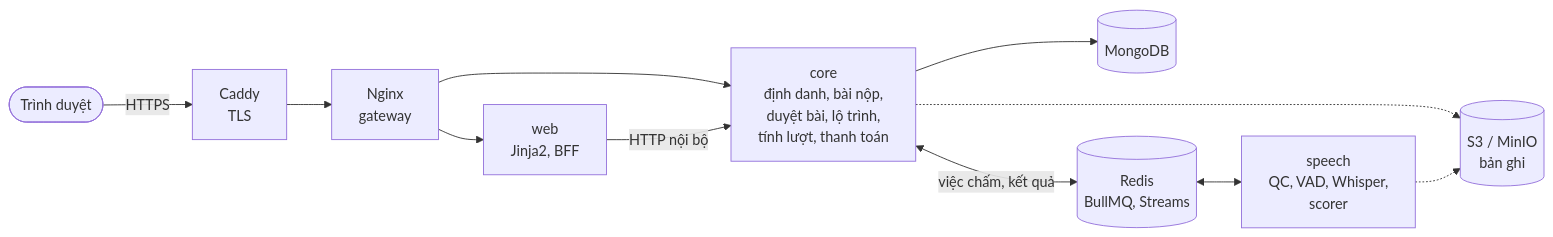
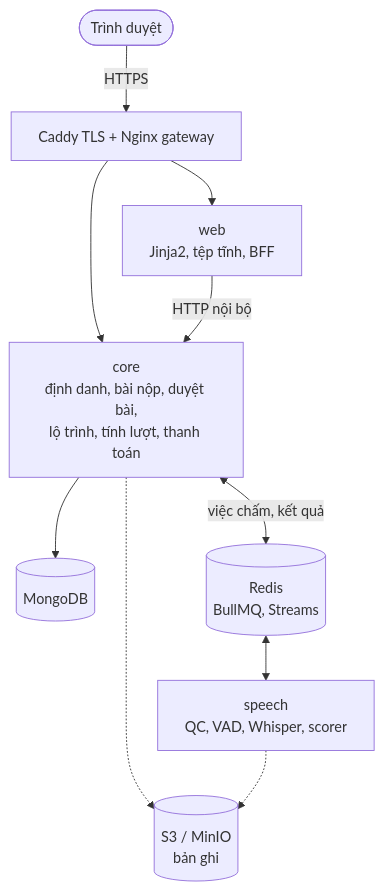
One commit to ThanhSangLouis/ai-assessor-cefr changed the second of 3 diagrams in README.md. Above: the diagram before and after it, drawn with Mermaid.

Commit message:
docs: sơ đồ kiến trúc trong README theo chiều dọc

````diff
--- a/README.md
+++ b/README.md
@@ -124,12 +124,12 @@
 ```mermaid
-flowchart LR
-    U(["Trình duyệt"]) -->|HTTPS| CA["Caddy<br/>TLS"] --> GW["Nginx<br/>gateway"]
-    GW --> WEB["web<br/>Jinja2, BFF"]
-    GW --> CORE["core<br/>định danh, bài nộp,<br/>duyệt bài, lộ trình,<br/>tính lượt, thanh toán"]
+flowchart TB
+    U(["Trình duyệt"]) -->|HTTPS| GW["Caddy TLS + Nginx gateway"]
+    GW --> WEB["web<br/>Jinja2, tệp tĩnh, BFF"]
+    GW --> CORE["core<br/>định danh, bài nộp, duyệt bài,<br/>lộ trình, tính lượt, thanh toán"]
     WEB -->|HTTP nội bộ| CORE
     CORE --> M[("MongoDB")]
     CORE <-->|"việc chấm, kết quả"| R[("Redis<br/>BullMQ, Streams")]
-    R <--> SP["speech<br/>QC, VAD, Whisper,<br/>scorer"]
+    R <--> SP["speech<br/>QC, VAD, Whisper, scorer"]
     CORE -.-> S3[("S3 / MinIO<br/>bản ghi")]
     SP -.-> S3
 ```
````
